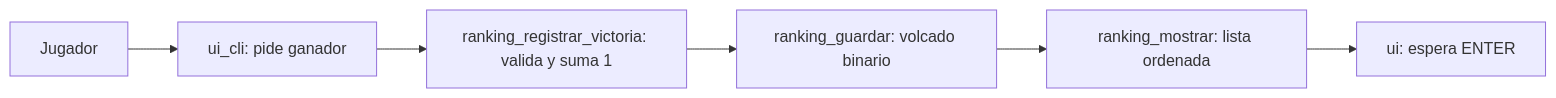
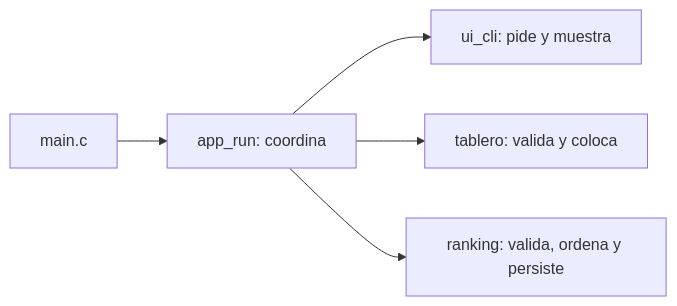
Before and after one commit to vrodpi/batalla_naval: the diagram in README_gian.md, drawn with Mermaid. The commit also changed other lines of this file and 15 other files, not shown here.

First line of the commit message:
refactor: migra el proyecto a C99 e integra app/ui/tablero

````diff
--- a/README_gian.md
+++ b/README_gian.md
@@ -102,8 +154,7 @@
 ```mermaid
 flowchart LR
-  J[Jugador] --> UI[ui_cli: pide ganador]
-  UI --> RK[ranking_registrar_victoria: valida y suma 1]
-  RK --> SV[ranking_guardar: volcado binario]
-  SV --> MO[ranking_mostrar: lista ordenada]
-  MO --> UI2[ui: espera ENTER]
+  M[main.c] --> A[app_run: coordina]
+  A --> U[ui_cli: pide y muestra]
+  A --> T[tablero: valida y coloca]
+  A --> R[ranking: valida, ordena y persiste]
 ```
````
